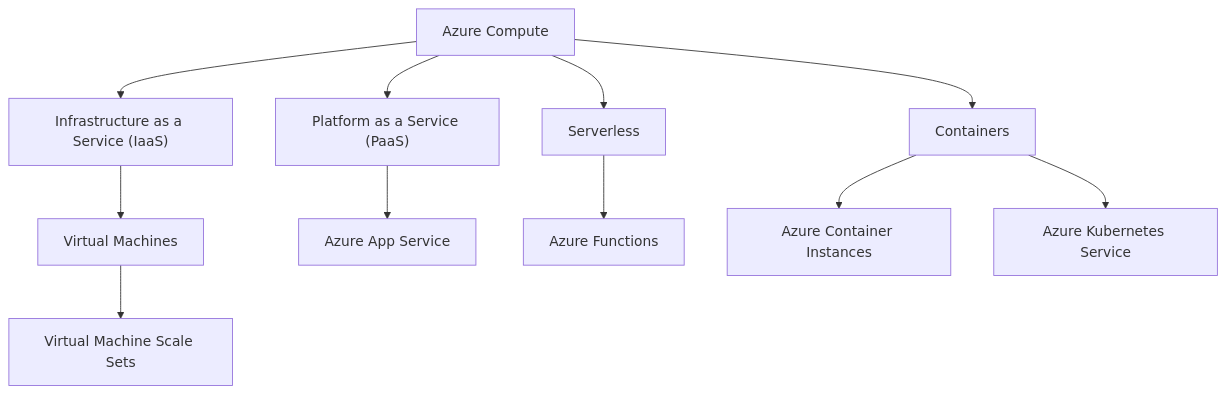
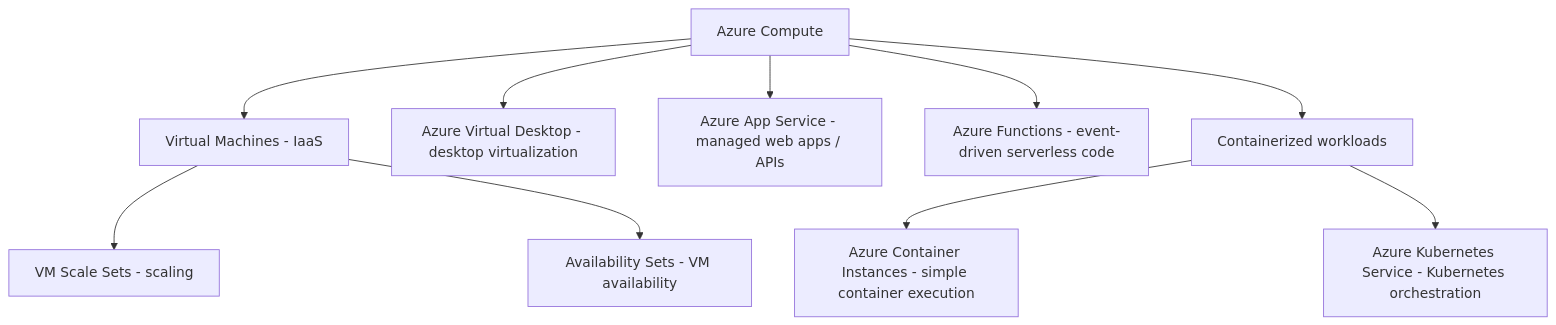
Before and after one commit to zhyordanova/azure-fundamentals-handbook: the diagram in diagrams/azure-compute-overview.md, drawn with Mermaid. The commit also changed other lines of this file and 9 other files, not shown here.

````diff
--- a/diagrams/azure-compute-overview.md
+++ b/diagrams/azure-compute-overview.md
@@ -3,22 +3,17 @@
 ```mermaid
 flowchart TD
 
     COMPUTE["Azure Compute"]
 
-    COMPUTE --> IAAS["Infrastructure as a Service (IaaS)"]
-    COMPUTE --> PAAS["Platform as a Service (PaaS)"]
-    COMPUTE --> SERVERLESS["Serverless"]
+    COMPUTE --> VM["Virtual Machines - IaaS"]
+    VM --> VMSS["VM Scale Sets - scaling"]
+    VM --> AS["Availability Sets - VM availability"]
 
-    IAAS --> VM["Virtual Machines"]
-    VM --> VMSS["Virtual Machine Scale Sets"]
+    COMPUTE --> AVD["Azure Virtual Desktop - desktop virtualization"]
+    COMPUTE --> APP["Azure App Service - managed web apps / APIs"]
+    COMPUTE --> FUNC["Azure Functions - event-driven serverless code"]
+    COMPUTE --> CONTAINERS["Containerized workloads"]
 
-    PAAS --> APP["Azure App Service"]
-
-    SERVERLESS --> FUNC["Azure Functions"]
-
-    COMPUTE --> CONTAINERS["Containers"]
-
-    CONTAINERS --> ACI["Azure Container Instances"]
-
-    CONTAINERS --> AKS["Azure Kubernetes Service"]
+    CONTAINERS --> ACI["Azure Container Instances - simple container execution"]
+    CONTAINERS --> AKS["Azure Kubernetes Service - Kubernetes orchestration"]
 ```
````
